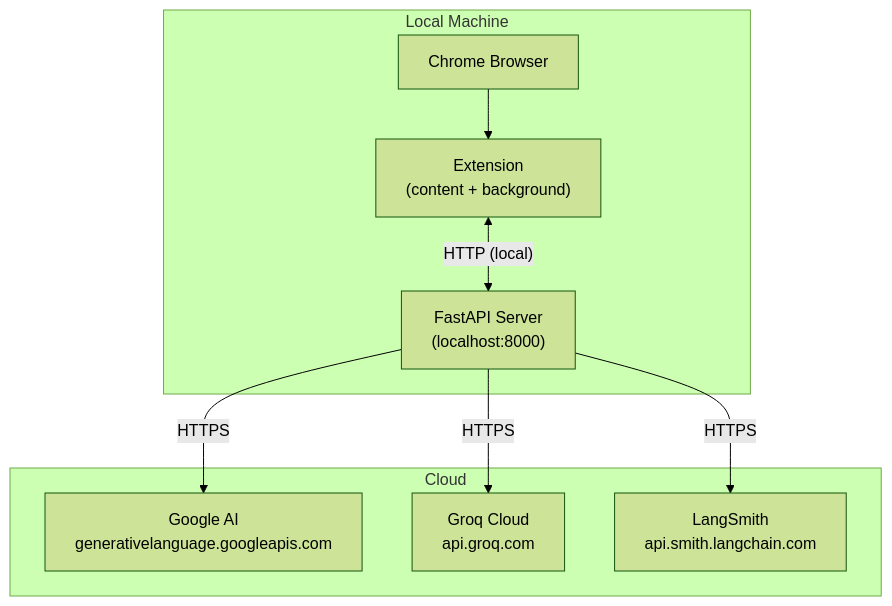
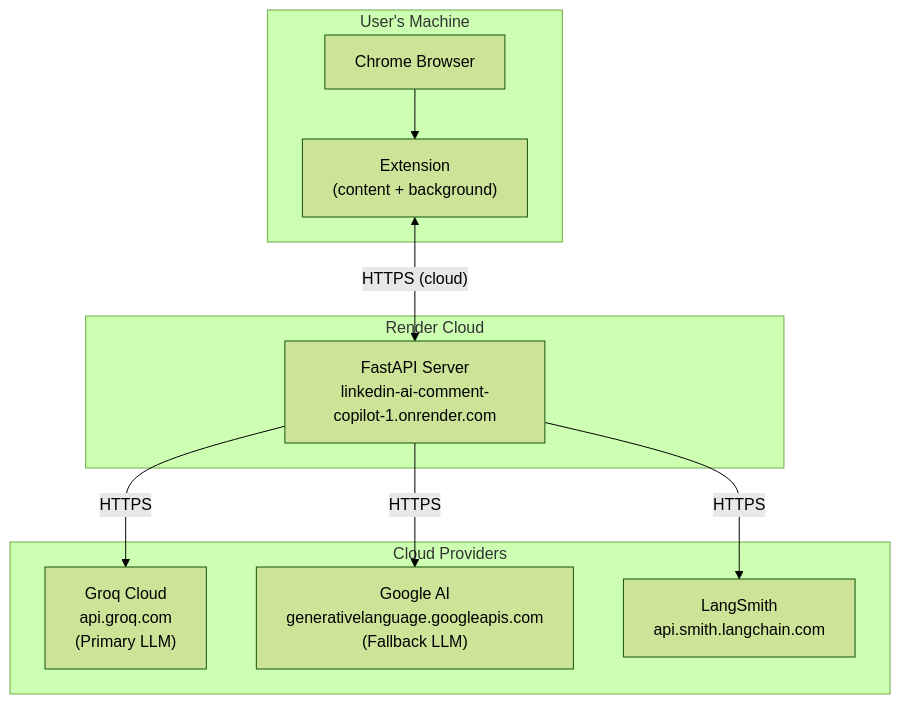
One commit to himanshu231204/linkedin-ai-comment-copilot changed the tenth of 10 diagrams in doc/ARCHITECTURE.md. Above: the diagram before and after it, drawn with Mermaid (forest theme). The commit also changed other lines of this file and 4 other files, not shown here.

First line of the commit message:
docs: update all documentation to reflect ChatLiteLLMRouter, Groq primary, and Render deployment

````diff
--- a/doc/ARCHITECTURE.md
+++ b/doc/ARCHITECTURE.md
@@ -347,20 +388,23 @@
 ```mermaid
 graph TB
-    subgraph "Local Machine"
+    subgraph "User's Machine"
         BROWSER["Chrome Browser"]
         EXT["Extension<br/>(content + background)"]
-        SERVER["FastAPI Server<br/>(localhost:8000)"]
     end
 
-    subgraph "Cloud"
-        GOOGLE["Google AI<br/>generativelanguage.googleapis.com"]
-        GROQ_CLOUD["Groq Cloud<br/>api.groq.com"]
+    subgraph "Render Cloud"
+        SERVER["FastAPI Server<br/>linkedin-ai-comment-copilot-1.onrender.com"]
+    end
+
+    subgraph "Cloud Providers"
+        GROQ_CLOUD["Groq Cloud<br/>api.groq.com<br/>(Primary LLM)"]
+        GOOGLE["Google AI<br/>generativelanguage.googleapis.com<br/>(Fallback LLM)"]
         LS_CLOUD["LangSmith<br/>api.smith.langchain.com"]
     end
 
     BROWSER --> EXT
-    EXT <-->|"HTTP (local)"| SERVER
+    EXT <-->|"HTTPS (cloud)"| SERVER
+    SERVER -->|"HTTPS"| GROQ_CLOUD
     SERVER -->|"HTTPS"| GOOGLE
-    SERVER -->|"HTTPS"| GROQ_CLOUD
     SERVER -->|"HTTPS"| LS_CLOUD
 ```
````
